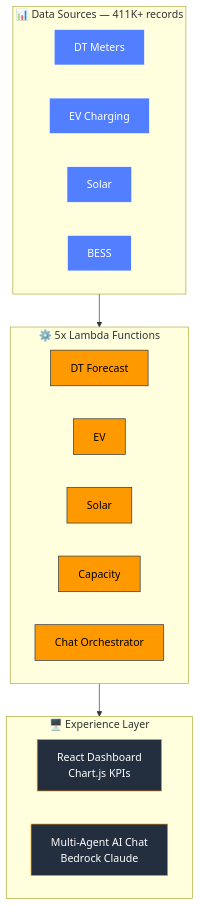
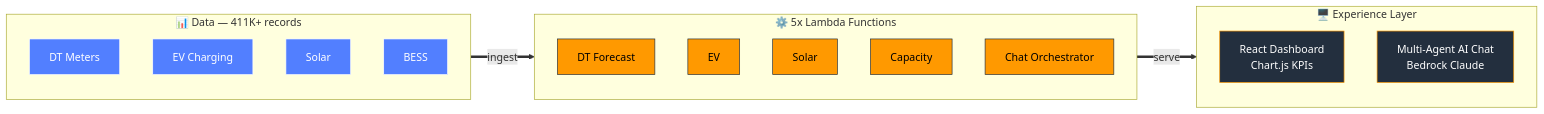
The fourth of 6 diagrams in README.md (adityapandita97/adityapandita97.github.io), drawn with Mermaid before and after one commit. The commit also changed other lines of this file, not shown here.

Commit message:
Make project diagrams horizontal + more dynamic (LR flow, edge labels, shaped nodes)

````diff
--- a/README.md
+++ b/README.md
@@ -178,31 +185,31 @@
 ```mermaid
-flowchart TB
-    subgraph SRC["📊 Data Sources — 411K+ records"]
-        direction LR
+flowchart LR
+    subgraph SRC["📊 Data — 411K+ records"]
+        direction TB
         DT["DT Meters"]
         EV["EV Charging"]
         SO["Solar"]
         BE["BESS"]
     end
-    SRC --> FN
+    SRC ==>|ingest| FN
     subgraph FN["⚙️ 5x Lambda Functions"]
-        direction LR
+        direction TB
         F1["DT Forecast"]
         F2["EV"]
         F3["Solar"]
         F4["Capacity"]
         F5["Chat Orchestrator"]
     end
-    FN --> UI
+    FN ==>|serve| UI
     subgraph UI["🖥️ Experience Layer"]
-        direction LR
+        direction TB
         R["React Dashboard<br/>Chart.js KPIs"]
         C["Multi-Agent AI Chat<br/>Bedrock Claude"]
     end
     classDef src fill:#527FFF,stroke:#fff,color:#fff;
     classDef fn fill:#FF9900,stroke:#232F3E,color:#000;
     classDef ui fill:#232F3E,stroke:#FF9900,color:#fff;
     class DT,EV,SO,BE src;
     class F1,F2,F3,F4,F5 fn;
     class R,C ui;
 ```
````
